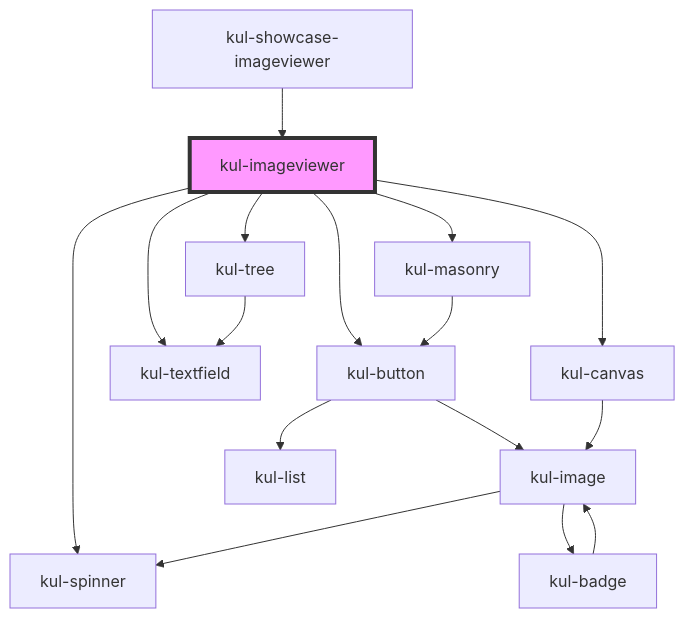
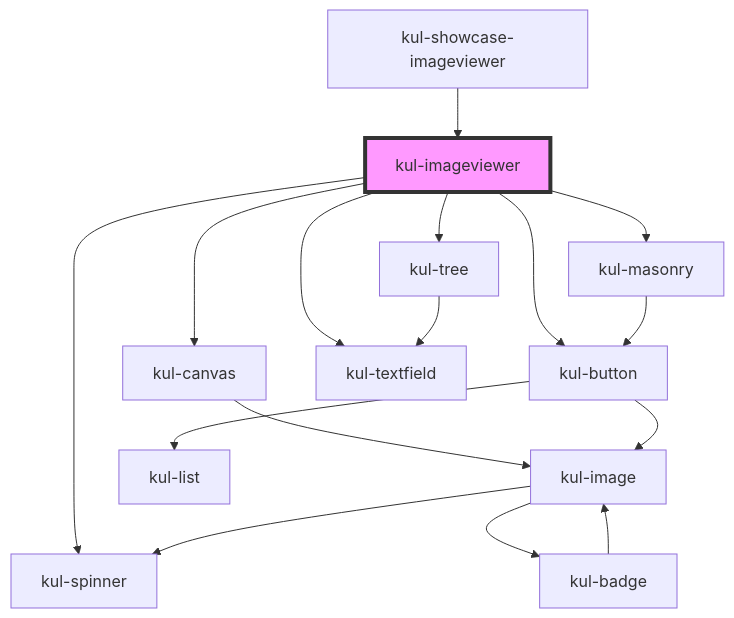
One commit to lucafoscili/ketchup-lite changed the diagram in packages/ketchup-lite/src/components/kul-imageviewer/readme.md. Above: the diagram before and after it, drawn with Mermaid. The commit also changed other lines of this file and 209 other files, not shown here.

````diff
--- a/packages/ketchup-lite/src/components/kul-imageviewer/readme.md
+++ b/packages/ketchup-lite/src/components/kul-imageviewer/readme.md
@@ -242,19 +236,19 @@
 ```mermaid
 graph TD;
+  kul-imageviewer --> kul-canvas
   kul-imageviewer --> kul-button
   kul-imageviewer --> kul-spinner
+  kul-imageviewer --> kul-tree
   kul-imageviewer --> kul-masonry
   kul-imageviewer --> kul-textfield
-  kul-imageviewer --> kul-canvas
-  kul-imageviewer --> kul-tree
-  kul-button --> kul-image
-  kul-button --> kul-list
+  kul-canvas --> kul-image
   kul-image --> kul-spinner
   kul-image --> kul-badge
   kul-badge --> kul-image
+  kul-button --> kul-image
+  kul-button --> kul-list
+  kul-tree --> kul-textfield
   kul-masonry --> kul-button
-  kul-canvas --> kul-image
-  kul-tree --> kul-textfield
   kul-showcase-imageviewer --> kul-imageviewer
   style kul-imageviewer fill:#f9f,stroke:#333,stroke-width:4px
 ```
````
